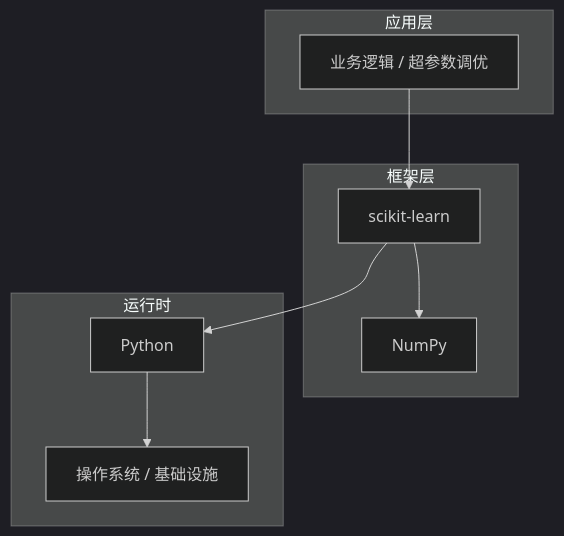
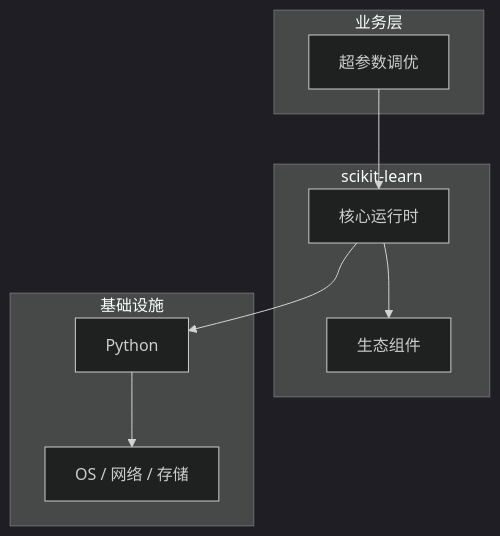
The diagram in articles/机器学习/chapters/113-超参数调优核心概念与原理.md (yanggan2015/knowledge-json-v2), drawn with Mermaid (dark theme) before and after one commit. The commit also changed other lines of this file and 10127 other files, not shown here.

````diff
--- a/articles/机器学习/chapters/113-超参数调优核心概念与原理.md
+++ b/articles/机器学习/chapters/113-超参数调优核心概念与原理.md
@@ -45,18 +30,18 @@
 ```mermaid
 graph TB
-    subgraph 应用层
-        A[业务逻辑 / 超参数调优]
+    subgraph 业务层
+        A[超参数调优]
     end
-    subgraph 框架层
-        B[scikit-learn]
-        C[NumPy]
+    subgraph scikit-learn
+        B[核心运行时]
+        C[生态组件]
     end
-    subgraph 运行时
+    subgraph 基础设施
         D[Python]
-        E[操作系统 / 基础设施]
+        E[OS / 网络 / 存储]
     end
     A --> B
     B --> C
     B --> D
     D --> E
 ```
````
